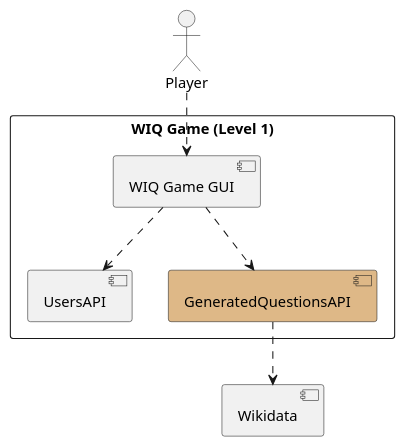
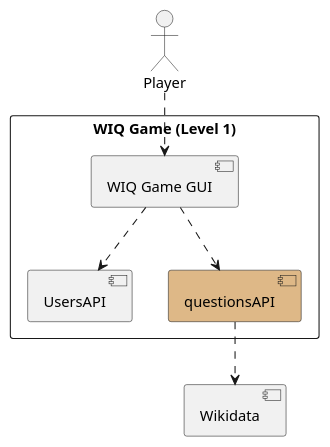
The first of 2 diagrams in docs/src/05_building_block_view.adoc (Arquisoft/wiq_en1a), drawn with PlantUML before and after one commit. The commit also changed other lines of this file and 5 other files, not shown here.

```diff
--- a/docs/src/05_building_block_view.adoc
+++ b/docs/src/05_building_block_view.adoc
@@ -66,15 +69,15 @@
 [plantuml,"Whitebox overall system",png]
 ----
 actor Player
 [Wikidata]
 
 rectangle "WIQ Game (Level 1)"{
 [WIQ Game GUI]
 [UsersAPI]
-[GeneratedQuestionsAPI] #BurlyWood
+[questionsAPI] #BurlyWood
 Player ..> (WIQ Game GUI)
-[GeneratedQuestionsAPI] ..> Wikidata
+[questionsAPI] ..> Wikidata
 [WIQ Game GUI] ..> UsersAPI
-[WIQ Game GUI] ..> GeneratedQuestionsAPI
+[WIQ Game GUI] ..> questionsAPI
 }
 ----
```
